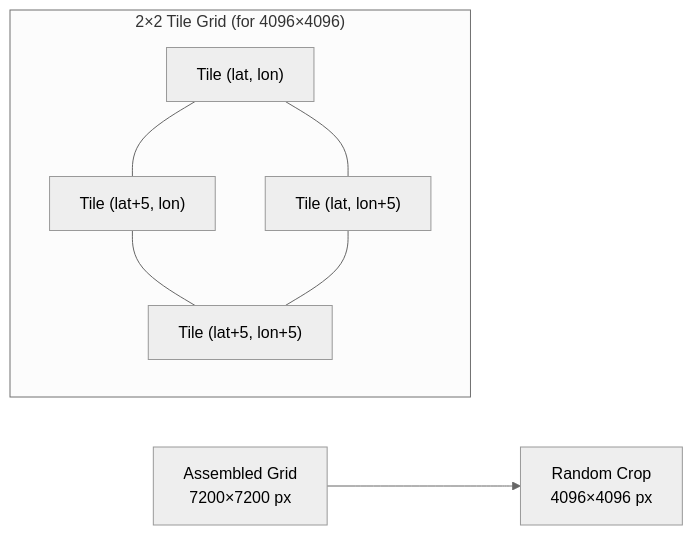
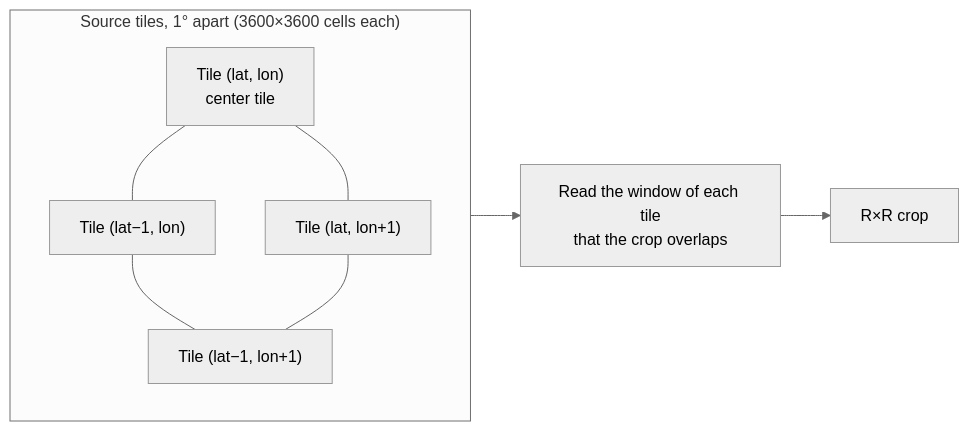
Before and after one commit to ThalesGroup/passage: the first of 2 diagrams in docs/generation/sampling.md, drawn with Mermaid (neutral theme). The commit also changed other lines of this file and 597 other files, not shown here.

````diff
--- a/docs/generation/sampling.md
+++ b/docs/generation/sampling.md
@@ -67,10 +59,11 @@
 ```mermaid
 flowchart LR
-    subgraph "2×2 Tile Grid (for 4096×4096)"
-        T1["Tile (lat, lon)"] --- T2["Tile (lat, lon+5)"]
-        T3["Tile (lat+5, lon)"] --- T4["Tile (lat+5, lon+5)"]
+    subgraph Tiles["Source tiles, 1° apart (3600×3600 cells each)"]
+        T1["Tile (lat, lon)<br>center tile"] --- T2["Tile (lat, lon+1)"]
+        T3["Tile (lat−1, lon)"] --- T4["Tile (lat−1, lon+1)"]
         T1 --- T3
         T2 --- T4
     end
-    TG[Assembled Grid<br>7200×7200 px] --> CROP[Random Crop<br>4096×4096 px]
+    Tiles --> W["Read the window of each tile<br>that the crop overlaps"]
+    W --> CROP["R×R crop"]
 ```
````
